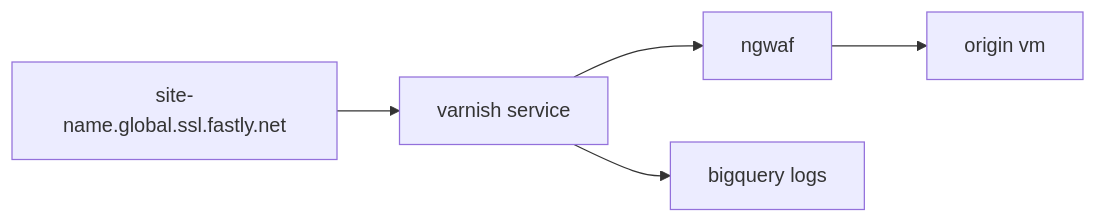
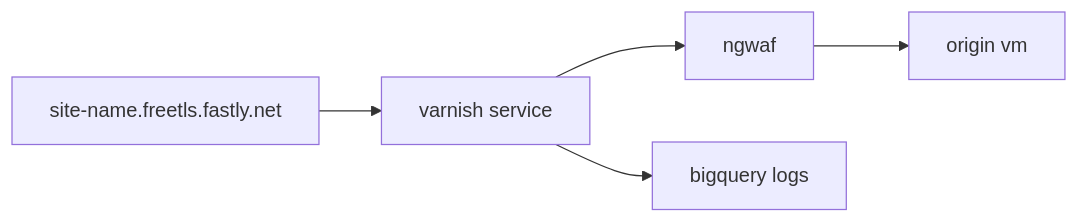
One commit to jbartus/fastly-magento2-demo changed the second of 4 diagrams in README.md. Above: the diagram before and after it, drawn with Mermaid. The commit also changed other lines of this file and 4 other files, not shown here.

````diff
--- a/README.md
+++ b/README.md
@@ -23,7 +23,7 @@
 ```mermaid
 flowchart LR
-  site[site-name.global.ssl.fastly.net] --> varnish[varnish service]
+  site[site-name.freetls.fastly.net] --> varnish[varnish service]
   varnish --> ngwaf
   ngwaf --> origin[origin vm]
   varnish --> bq[bigquery logs]
 ```
````
